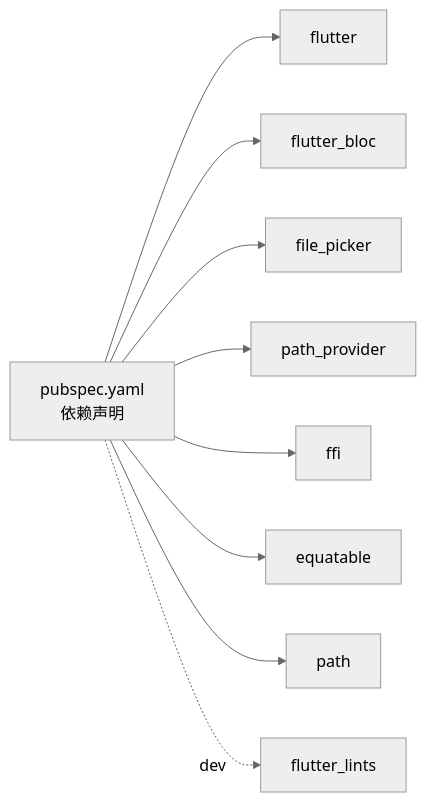
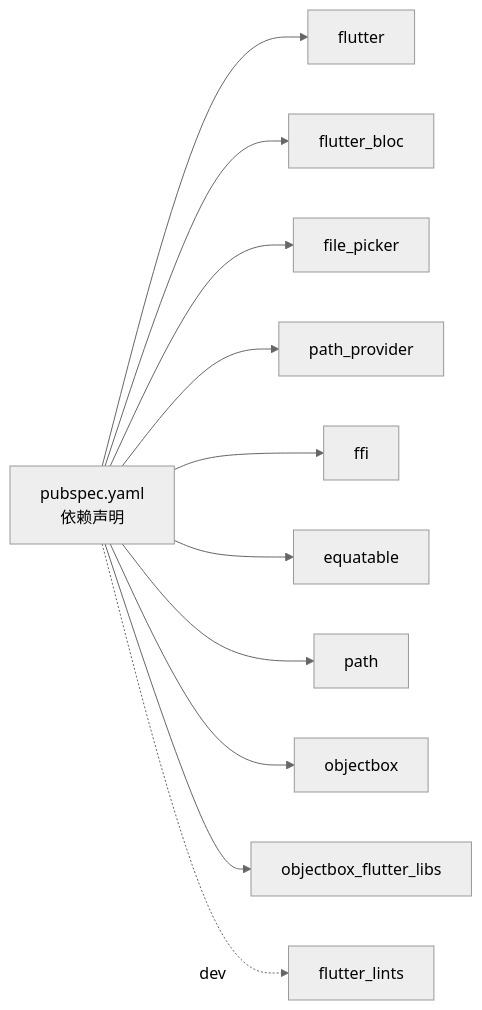
One commit to kongpf8848/objectbox_viewer changed the sixth of 6 diagrams in .qoder/repowiki/zh/content/项目概述.md. Above: the diagram before and after it, drawn with Mermaid (neutral theme). The commit also changed other lines of this file and 9 other files, not shown here.

````diff
--- a/.qoder/repowiki/zh/content/项目概述.md
+++ b/.qoder/repowiki/zh/content/项目概述.md
@@ -330,11 +337,13 @@
 ```mermaid
 graph LR
 A["pubspec.yaml<br/>依赖声明"] --> B["flutter"]
 A --> C["flutter_bloc"]
 A --> D["file_picker"]
 A --> E["path_provider"]
 A --> F["ffi"]
 A --> G["equatable"]
 A --> H["path"]
-A -. dev .-> I["flutter_lints"]
+A --> I["objectbox"]
+A --> J["objectbox_flutter_libs"]
+A -. dev .-> K["flutter_lints"]
 ```
````
